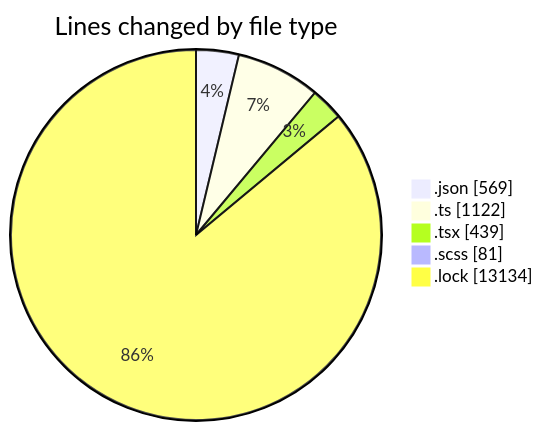
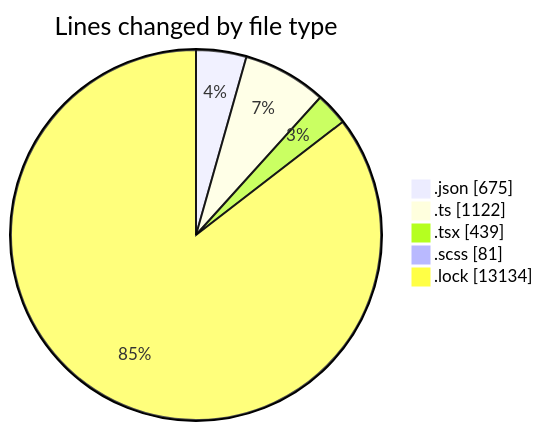
Before and after one commit to momahboobian/code-tracking: the first of 2 diagrams in 2025-05-09/cda/README.md, drawn with Mermaid. The commit also changed other lines of this file and 1 other file, not shown here.

````diff
--- a/2025-05-09/cda/README.md
+++ b/2025-05-09/cda/README.md
@@ -34,9 +36,9 @@
 ```mermaid
 pie showData
 title Lines changed by file type
-".json" : 569
+".json" : 675
 ".ts" : 1122
 ".tsx" : 439
 ".scss" : 81
 ".lock" : 13134
 ```
````
